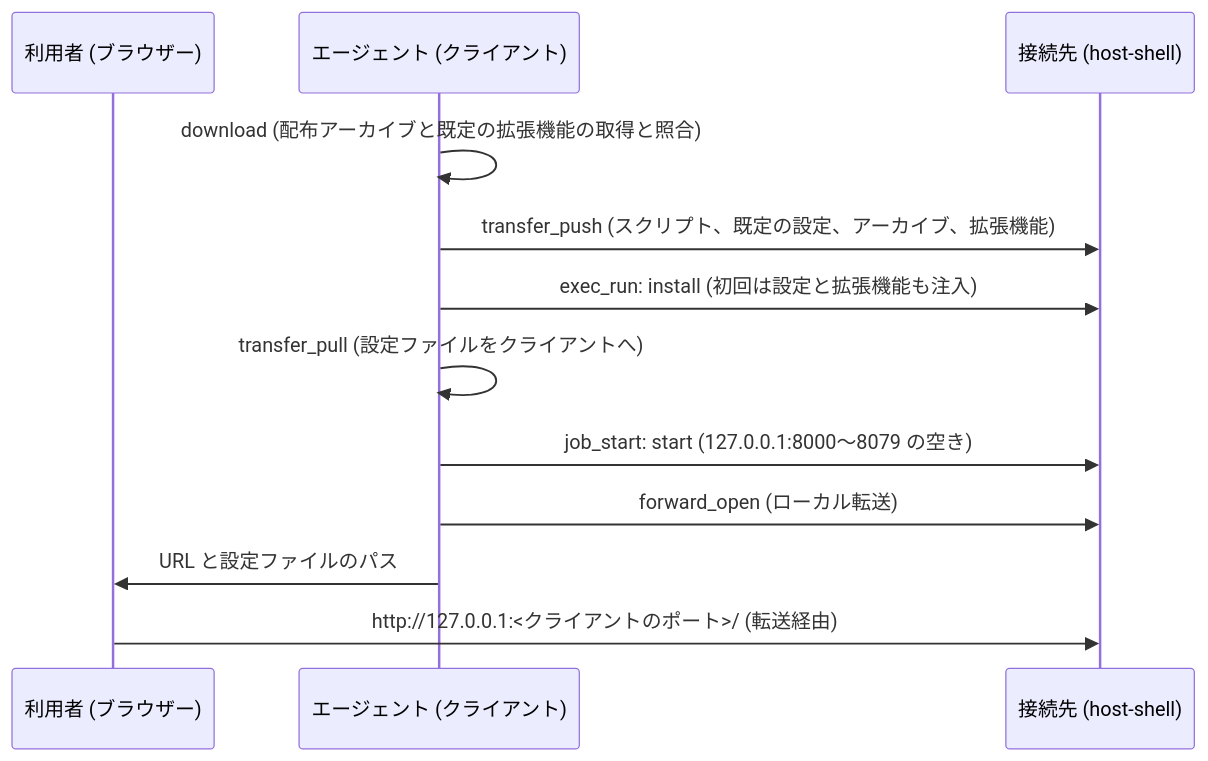
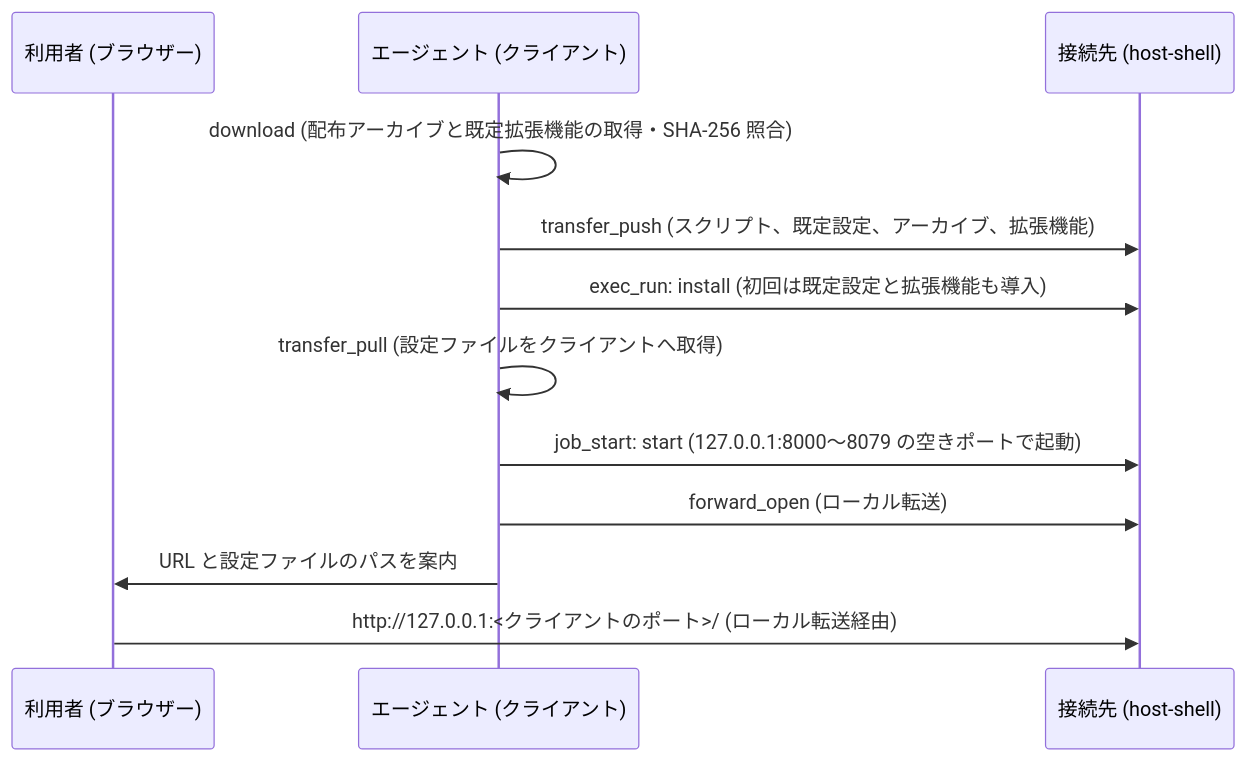
The diagram in docs/ja/code-server.md (Hondarer/host-shell-mcp), drawn with Mermaid before and after one commit. The commit also changed other lines of this file and 20 other files, not shown here.

````diff
--- a/docs/ja/code-server.md
+++ b/docs/ja/code-server.md
@@ -12,14 +12,14 @@
 ```mermaid
 sequenceDiagram
     participant U as 利用者 (ブラウザー)
     participant A as エージェント (クライアント)
     participant T as 接続先 (host-shell)
-    A->>A: download (配布アーカイブと既定の拡張機能の取得と照合)
-    A->>T: transfer_push (スクリプト、既定の設定、アーカイブ、拡張機能)
-    A->>T: exec_run: install (初回は設定と拡張機能も注入)
-    A->>A: transfer_pull (設定ファイルをクライアントへ)
-    A->>T: job_start: start (127.0.0.1:8000〜8079 の空き)
+    A->>A: download (配布アーカイブと既定拡張機能の取得・SHA-256 照合)
+    A->>T: transfer_push (スクリプト、既定設定、アーカイブ、拡張機能)
+    A->>T: exec_run: install (初回は既定設定と拡張機能も導入)
+    A->>A: transfer_pull (設定ファイルをクライアントへ取得)
+    A->>T: job_start: start (127.0.0.1:8000〜8079 の空きポートで起動)
     A->>T: forward_open (ローカル転送)
-    A->>U: URL と設定ファイルのパス
-    U->>T: http://127.0.0.1:<クライアントのポート>/ (転送経由)
+    A->>U: URL と設定ファイルのパスを案内
+    U->>T: http://127.0.0.1:<クライアントのポート>/ (ローカル転送経由)
 ```
````
